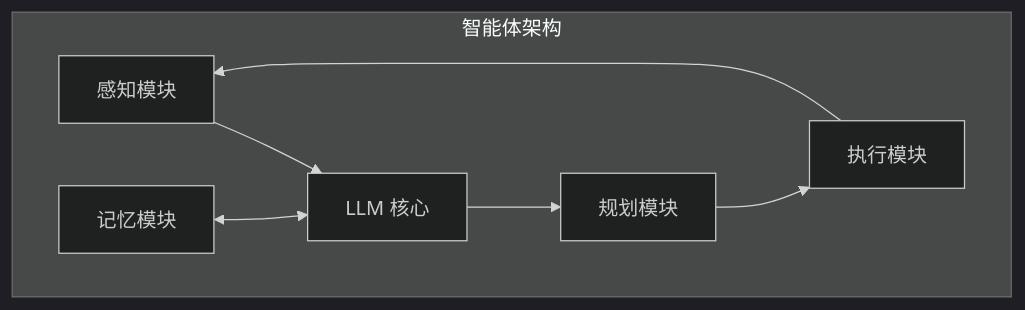
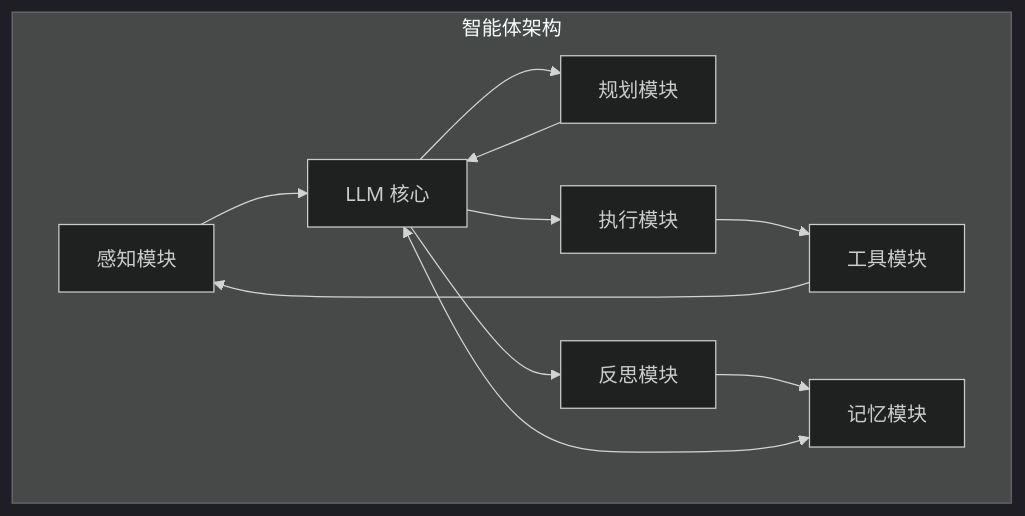
The first of 2 diagrams in 09_agents/9.1_agent_architecture.md (yeasy/context_engineering_guide), drawn with Mermaid (dark theme) before and after one commit. The commit also changed other lines of this file and 23 other files, not shown here.

````diff
--- a/09_agents/9.1_agent_architecture.md
+++ b/09_agents/9.1_agent_architecture.md
@@ -14,16 +16,22 @@
 ```mermaid
 graph TB
     subgraph "智能体架构"
         A["感知模块"]
         B["规划模块"]
         C["执行模块"]
         D["记忆模块"]
-        E["LLM 核心"]
+        E["工具模块"]
+        F["反思模块"]
+        G["LLM 核心"]
     end
     
-    A --> E
-    E --> B
-    B --> C
-    C --> A
-    D <--> E
+    A --> G
+    G --> B
+    B --> G
+    G --> C
+    C --> E
+    E --> A
+    D <--> G
+    G --> F
+    F --> D
 ```
````
